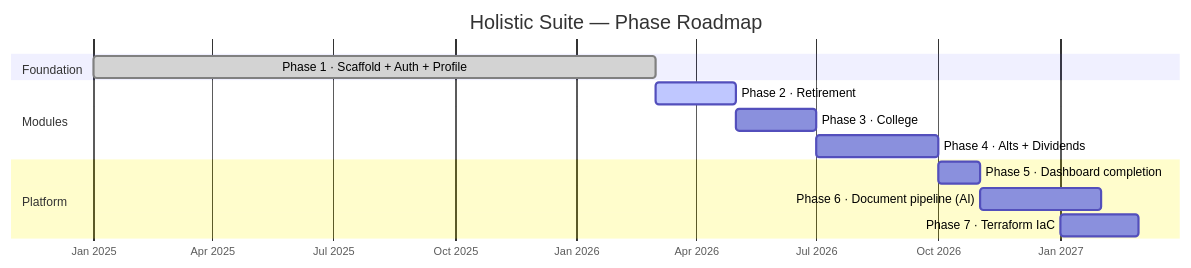
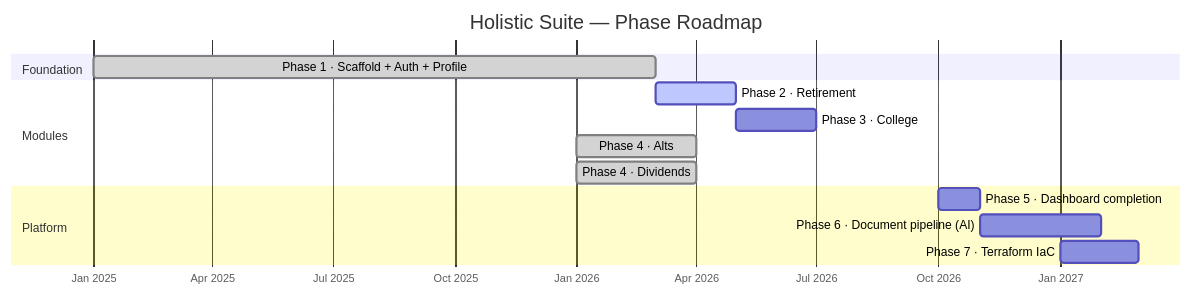
The sixth of 6 diagrams in docs/architecture.md (timothy-tagge/holistic-suite), drawn with Mermaid before and after one commit. The commit also changed other lines of this file and 5 other files, not shown here.

Commit message:
docs: update spec, architecture diagrams, and e2e tests for dividends module

````diff
--- a/docs/architecture.md
+++ b/docs/architecture.md
@@ -191,19 +208,20 @@
 ```mermaid
 gantt
     title Holistic Suite — Phase Roadmap
     dateFormat YYYY-MM
     axisFormat %b %Y
 
     section Foundation
     Phase 1 · Scaffold + Auth + Profile  :done, 2025-01, 2026-03
 
     section Modules
     Phase 2 · Retirement                 :active, 2026-03, 2026-05
     Phase 3 · College                    :2026-05, 2026-07
-    Phase 4 · Alts + Dividends           :2026-07, 2026-10
+    Phase 4 · Alts                       :done, 2026-01, 2026-04
+    Phase 4 · Dividends                  :done, 2026-01, 2026-04
 
     section Platform
     Phase 5 · Dashboard completion       :2026-10, 2026-11
     Phase 6 · Document pipeline (AI)     :2026-11, 2027-02
     Phase 7 · Terraform IaC              :2027-01, 2027-03
 ```
````
